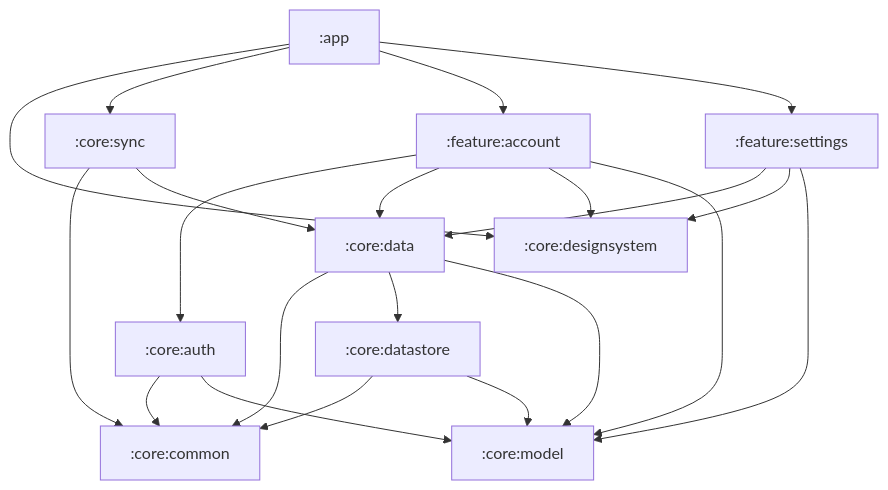
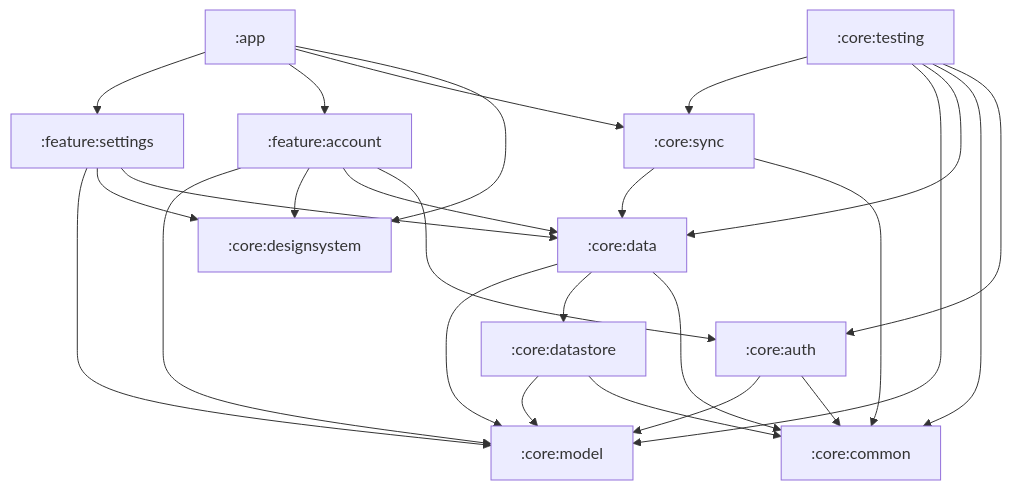
Before and after one commit to toomanyeduardos/rolabox: the diagram in README.md, drawn with Mermaid. The commit also changed other lines of this file and 35 other files, not shown here.

````diff
--- a/README.md
+++ b/README.md
@@ -31,33 +32,39 @@
 ```mermaid
 graph TD
     app[":app"]
     core_auth[":core:auth"]
     core_common[":core:common"]
     core_data[":core:data"]
     core_datastore[":core:datastore"]
     core_designsystem[":core:designsystem"]
     core_model[":core:model"]
     core_sync[":core:sync"]
+    core_testing[":core:testing"]
     feature_account[":feature:account"]
     feature_settings[":feature:settings"]
     app --> core_designsystem
     app --> core_sync
     app --> feature_account
     app --> feature_settings
     core_auth --> core_common
     core_auth --> core_model
     core_data --> core_common
     core_data --> core_datastore
     core_data --> core_model
     core_datastore --> core_common
     core_datastore --> core_model
     core_sync --> core_common
     core_sync --> core_data
+    core_testing --> core_auth
+    core_testing --> core_common
+    core_testing --> core_data
+    core_testing --> core_model
+    core_testing --> core_sync
     feature_account --> core_auth
     feature_account --> core_data
     feature_account --> core_designsystem
     feature_account --> core_model
     feature_settings --> core_data
     feature_settings --> core_designsystem
     feature_settings --> core_model
 ```
````
